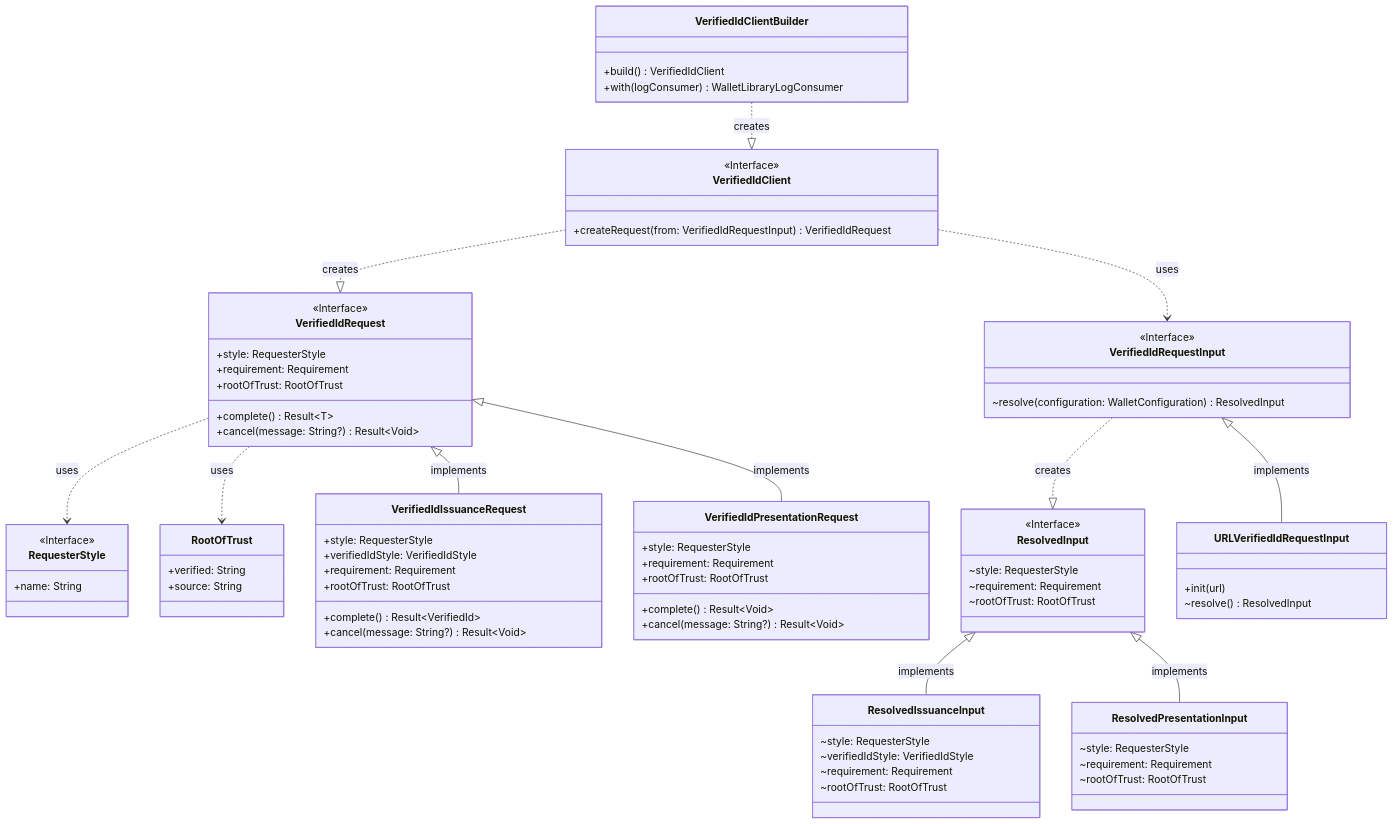
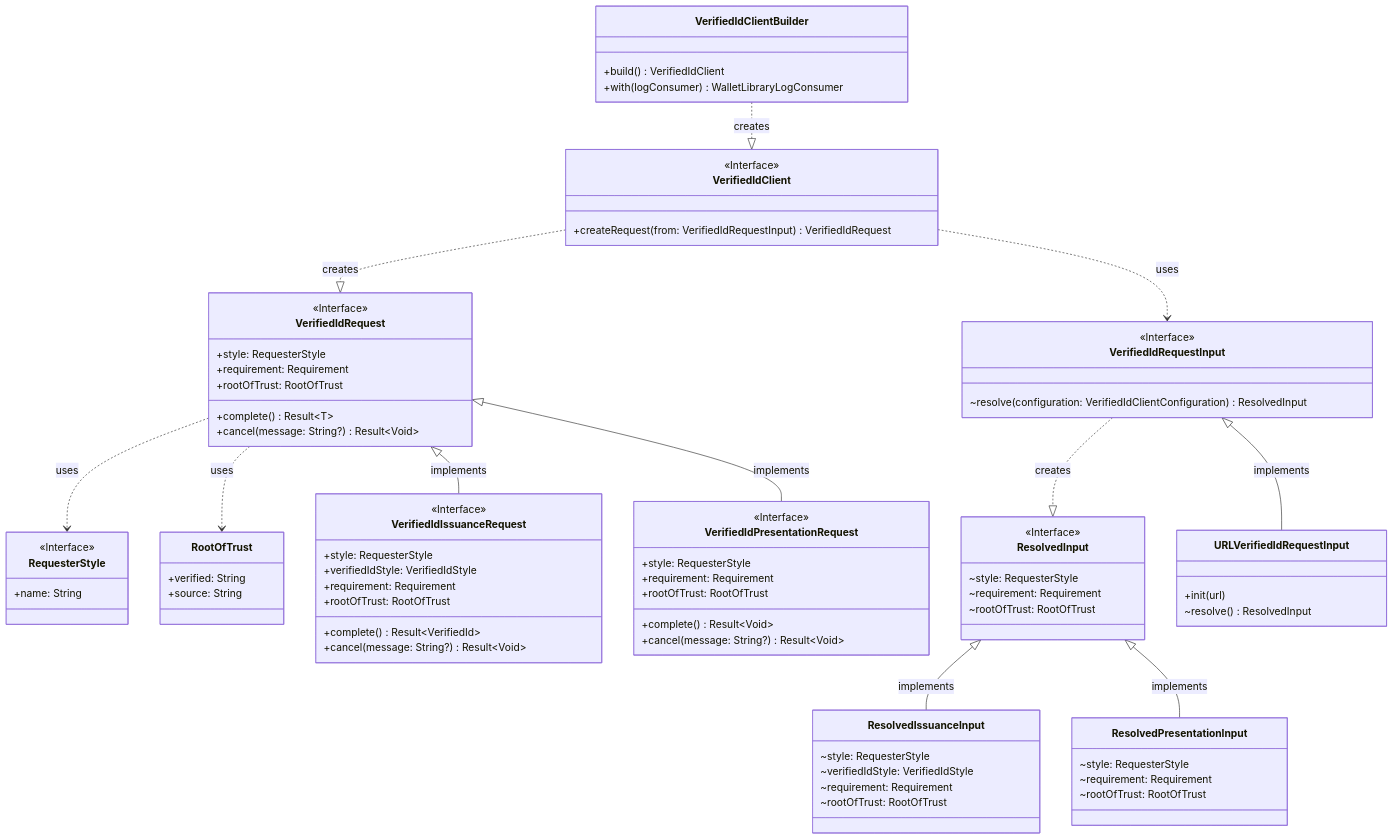
Before and after one commit to microsoft/entra-verifiedid-wallet-library-ios: the first of 3 diagrams in Docs/LibraryArchitecture.md, drawn with Mermaid.

Commit message:
Make VerifiedIdIssuanceRequest and PresentationRequest interfaces.

````diff
--- a/Docs/LibraryArchitecture.md
+++ b/Docs/LibraryArchitecture.md
@@ -4,78 +4,80 @@
 ```mermaid
 classDiagram
 VerifiedIdClientBuilder ..|> VerifiedIdClient: creates
 VerifiedIdClient ..|> VerifiedIdRequest: creates
 VerifiedIdRequest ..> RequesterStyle: uses
 VerifiedIdRequest ..> RootOfTrust: uses
 VerifiedIdRequest <|-- VerifiedIdIssuanceRequest: implements
 VerifiedIdRequest <|-- VerifiedIdPresentationRequest: implements
 VerifiedIdClient ..> VerifiedIdRequestInput: uses
 VerifiedIdRequestInput ..|> ResolvedInput: creates
 ResolvedInput <|-- ResolvedIssuanceInput: implements
 ResolvedInput <|-- ResolvedPresentationInput: implements
 VerifiedIdRequestInput <|-- URLVerifiedIdRequestInput: implements
 class VerifiedIdClientBuilder{
     +build() VerifiedIdClient
     +with(logConsumer) WalletLibraryLogConsumer
 }
 <<Interface>> VerifiedIdClient
 class VerifiedIdClient{
     +createRequest(from: VerifiedIdRequestInput) VerifiedIdRequest
 }
 <<Interface>> VerifiedIdRequestInput
 class VerifiedIdRequestInput{
-    ~resolve(configuration: WalletConfiguration) ResolvedInput
+    ~resolve(configuration: VerifiedIdClientConfiguration) ResolvedInput
 }
 class URLVerifiedIdRequestInput{
     +init(url)
     ~resolve() ResolvedInput
 }
 <<Interface>> VerifiedIdRequest
 class VerifiedIdRequest{
     +style: RequesterStyle
     +requirement: Requirement
     +rootOfTrust: RootOfTrust
     +complete() Result<<T>T>
     +cancel(message: String?) Result<<T>Void>
 }
+<<Interface>> VerifiedIdIssuanceRequest
 class VerifiedIdIssuanceRequest{
     +style: RequesterStyle
     +verifiedIdStyle: VerifiedIdStyle
     +requirement: Requirement
     +rootOfTrust: RootOfTrust
     +complete() Result<<T>VerifiedId>
     +cancel(message: String?) Result<<T>Void>
 }
+<<Interface>> VerifiedIdPresentationRequest
 class VerifiedIdPresentationRequest{
     +style: RequesterStyle
     +requirement: Requirement
     +rootOfTrust: RootOfTrust
     +complete() Result<<T>Void>
     +cancel(message: String?) Result<<T>Void>
 }
 <<Interface>> ResolvedInput
 class ResolvedInput{
     ~style: RequesterStyle
     ~requirement: Requirement
     ~rootOfTrust: RootOfTrust
 }
 class ResolvedIssuanceInput{
     ~style: RequesterStyle
     ~verifiedIdStyle: VerifiedIdStyle
     ~requirement: Requirement
     ~rootOfTrust: RootOfTrust
 }
 class ResolvedPresentationInput{
     ~style: RequesterStyle
     ~requirement: Requirement
     ~rootOfTrust: RootOfTrust
 }
 class RootOfTrust{
     +verified: String
     +source: String
 }
 <<Interface>> RequesterStyle
 class RequesterStyle{
     +name: String
 }
 ```
````
